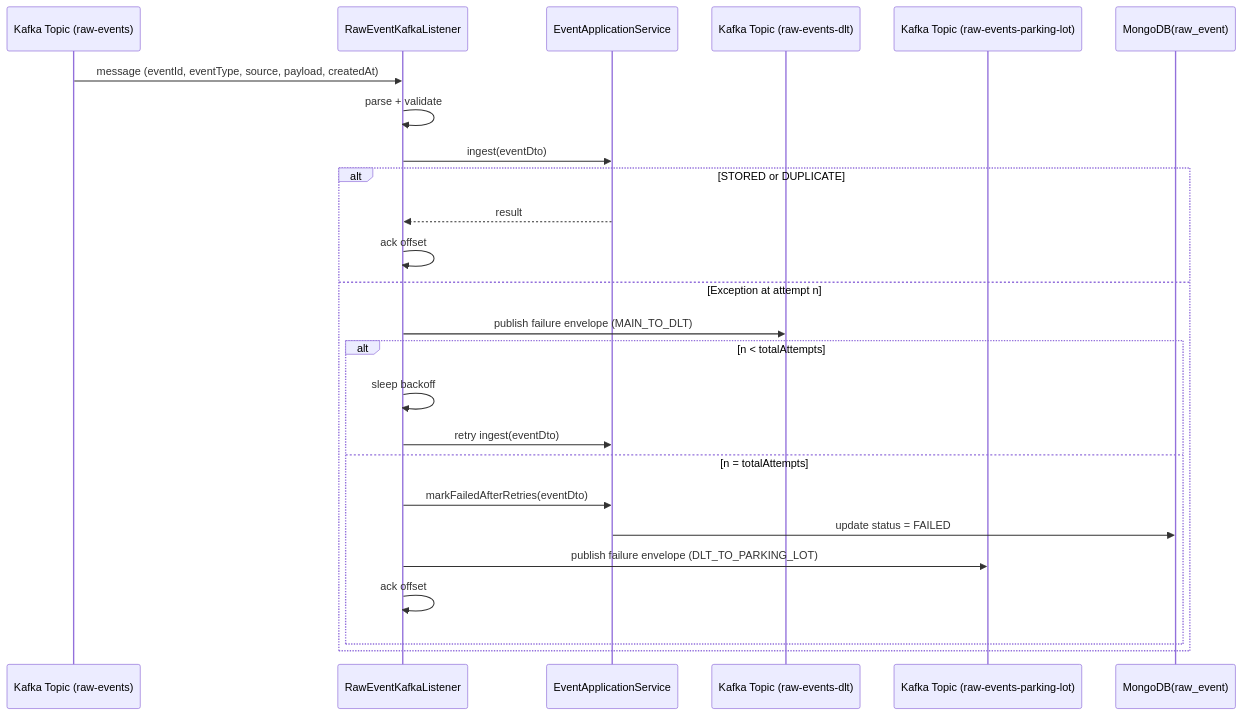
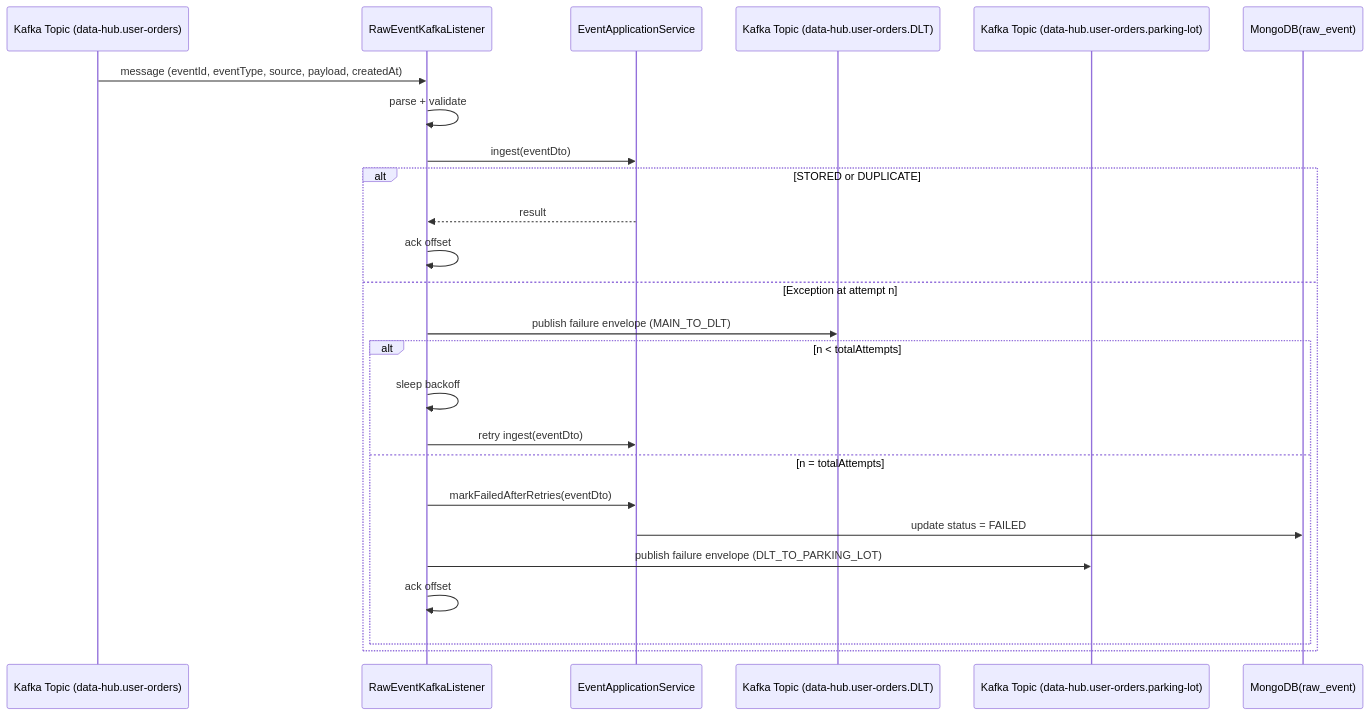
The third of 3 diagrams in README.md (nguyentrongvy151995/data-hub), drawn with Mermaid before and after one commit. The commit also changed other lines of this file, not shown here.

````diff
--- a/README.md
+++ b/README.md
@@ -87,30 +87,30 @@
 ```mermaid
 sequenceDiagram
-    participant K as Kafka Topic (raw-events)
+    participant K as Kafka Topic (data-hub.user-orders)
     participant L as RawEventKafkaListener
     participant S as EventApplicationService
-    participant D as Kafka Topic (raw-events-dlt)
-    participant PK as Kafka Topic (raw-events-parking-lot)
+    participant D as Kafka Topic (data-hub.user-orders.DLT)
+    participant PK as Kafka Topic (data-hub.user-orders.parking-lot)
     participant DB as MongoDB(raw_event)
 
     K->>L: message (eventId, eventType, source, payload, createdAt)
     L->>L: parse + validate
     L->>S: ingest(eventDto)
 
     alt STORED or DUPLICATE
         S-->>L: result
         L->>L: ack offset
     else Exception at attempt n
         L->>D: publish failure envelope (MAIN_TO_DLT)
 
         alt n < totalAttempts
             L->>L: sleep backoff
             L->>S: retry ingest(eventDto)
         else n = totalAttempts
             L->>S: markFailedAfterRetries(eventDto)
             S->>DB: update status = FAILED
             L->>PK: publish failure envelope (DLT_TO_PARKING_LOT)
             L->>L: ack offset
         end
     end
 ```
````
